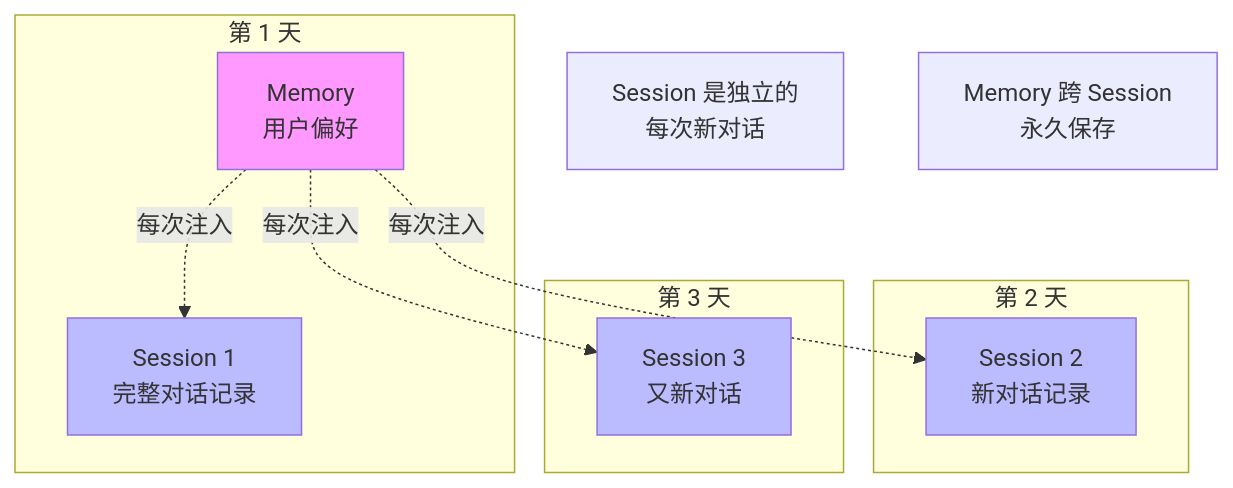
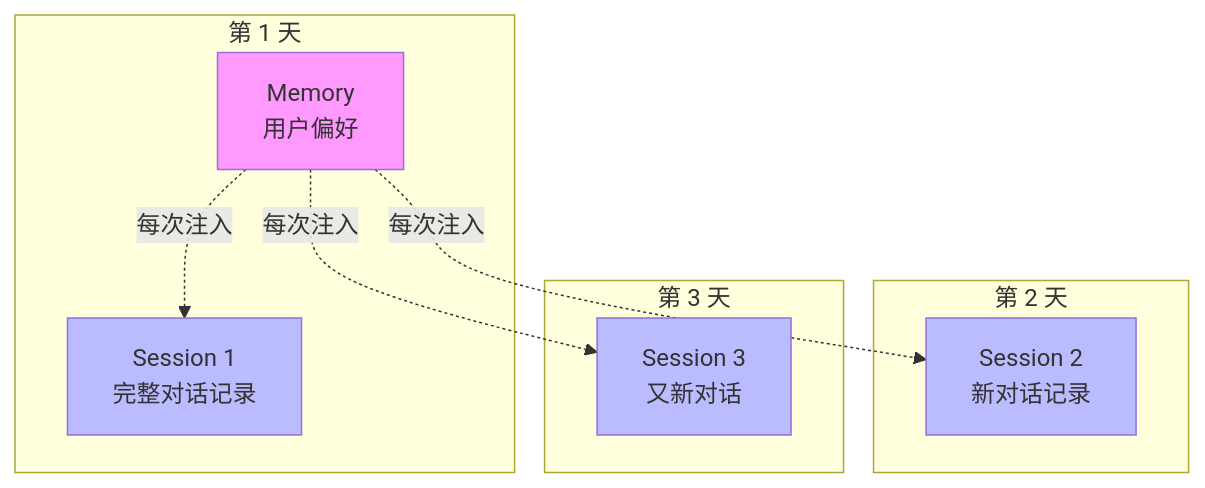
Before and after one commit to xiaocaipi/mm-doc: the sixth of 17 diagrams in tmp/claude_memory_session_compaction_guide.md, drawn with Mermaid. The commit also changed other lines of this file, not shown here.

````diff
--- a/tmp/claude_memory_session_compaction_guide.md
+++ b/tmp/claude_memory_session_compaction_guide.md
@@ -316,27 +316,24 @@
 ```mermaid
 flowchart TB
     subgraph Day1["第 1 天"]
         S1["Session 1<br/>完整对话记录"]
         M["Memory<br/>用户偏好"]
     end
 
     subgraph Day2["第 2 天"]
         S2["Session 2<br/>新对话记录"]
     end
 
     subgraph Day3["第 3 天"]
         S3["Session 3<br/>又新对话"]
     end
 
     M -.->|"每次注入"| S1
     M -.->|"每次注入"| S2
     M -.->|"每次注入"| S3
 
     style M fill:#f9f
     style S1 fill:#bbf
     style S2 fill:#bbf
     style S3 fill:#bbf
-
-    Note1["Session 是独立的<br/>每次新对话"]
-    Note2["Memory 跨 Session<br/>永久保存"]
 ```
````
